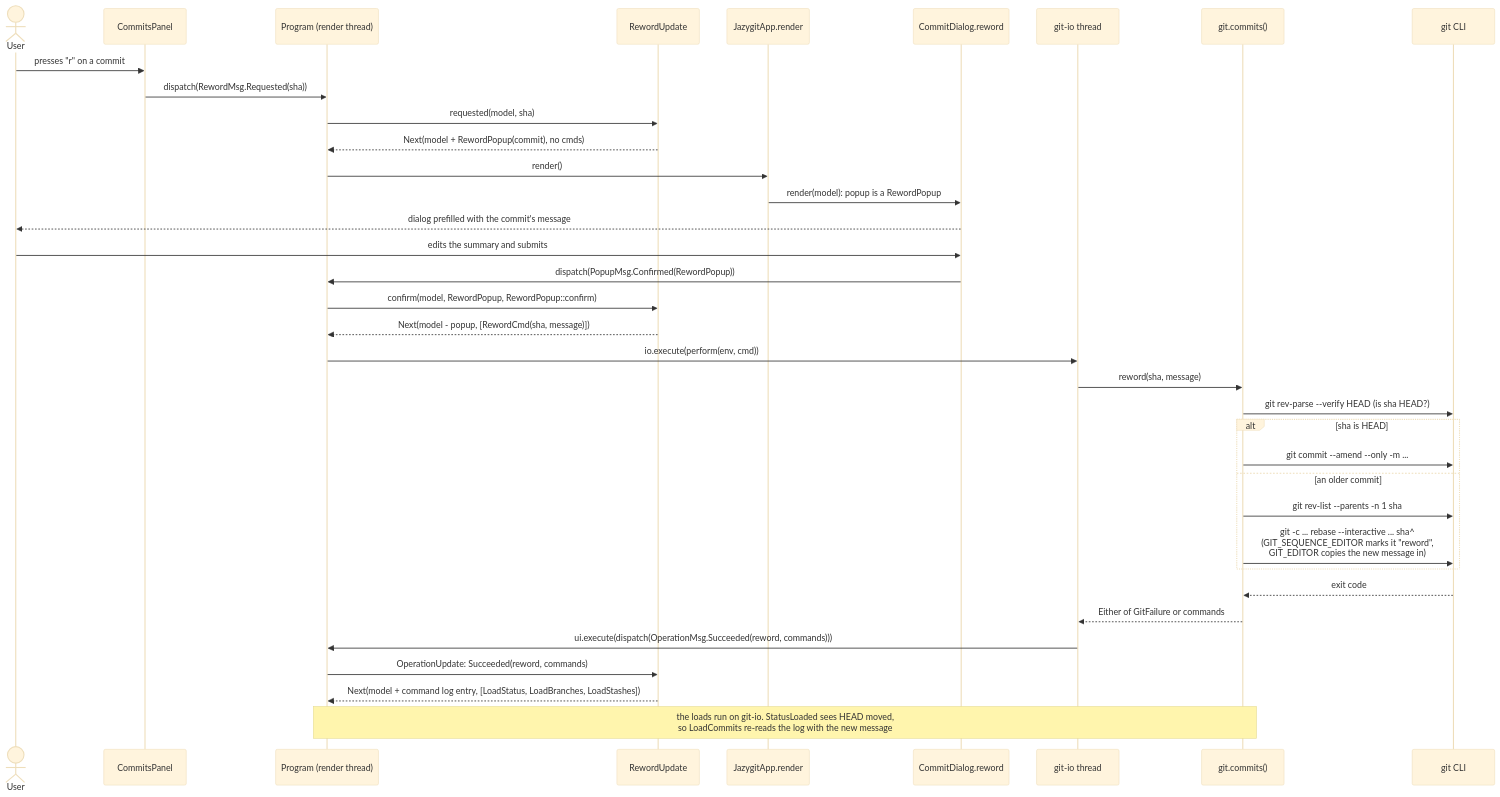
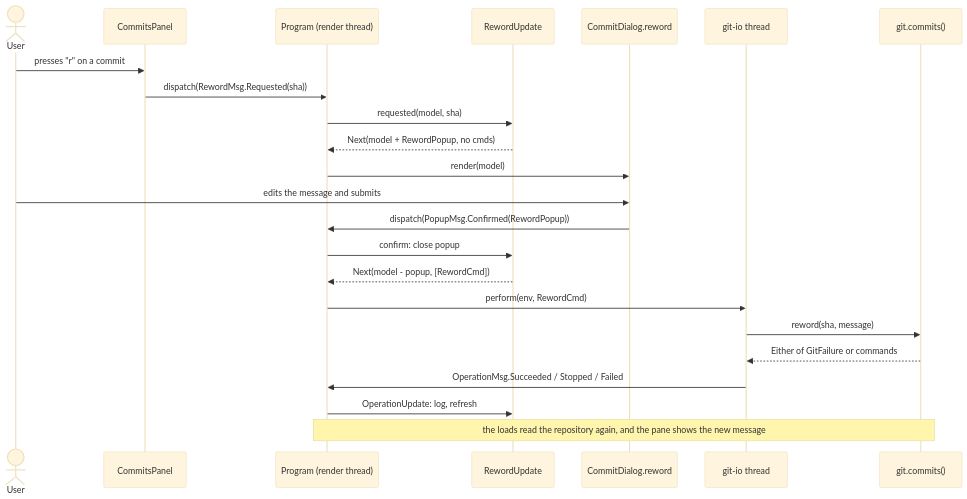
Before and after one commit to cvanfleteren/jazygit: the fourth of 4 diagrams in ARCHITECTURE.md, drawn with Mermaid (base theme). The commit also changed other lines of this file and 1 other file, not shown here.

First line of the commit message:
ARCHITECTURE.md is a short map of the shape, not a description of features (#450)

````diff
--- a/ARCHITECTURE.md
+++ b/ARCHITECTURE.md
@@ -1206,42 +234,26 @@
 ```mermaid
 sequenceDiagram
     actor User
     participant Panel as CommitsPanel
     participant Program as Program (render thread)
     participant Update as RewordUpdate
-    participant App as JazygitApp.render
     participant Dialog as CommitDialog.reword
     participant IO as git-io thread
-    participant Commits as git.commits()
-    participant Git as git CLI
+    participant Git as git.commits()
 
     User->>Panel: presses "r" on a commit
     Panel->>Program: dispatch(RewordMsg.Requested(sha))
     Program->>Update: requested(model, sha)
-    Update-->>Program: Next(model + RewordPopup(commit), no cmds)
-    Program->>App: render()
-    App->>Dialog: render(model): popup is a RewordPopup
-    Dialog-->>User: dialog prefilled with the commit's message
-
-    User->>Dialog: edits the summary and submits
+    Update-->>Program: Next(model + RewordPopup, no cmds)
+    Program->>Dialog: render(model)
+    User->>Dialog: edits the message and submits
     Dialog->>Program: dispatch(PopupMsg.Confirmed(RewordPopup))
-    Program->>Update: confirm(model, RewordPopup, RewordPopup::confirm)
-    Update-->>Program: Next(model - popup, [RewordCmd(sha, message)])
-    Program->>IO: io.execute(perform(env, cmd))
-
-    IO->>Commits: reword(sha, message)
-    Commits->>Git: git rev-parse --verify HEAD (is sha HEAD?)
-    alt sha is HEAD
-        Commits->>Git: git commit --amend --only -m ...
-    else an older commit
-        Commits->>Git: git rev-list --parents -n 1 sha
-        Commits->>Git: git -c ... rebase --interactive ... sha^<br/>(GIT_SEQUENCE_EDITOR marks it "reword",<br/>GIT_EDITOR copies the new message in)
-    end
-    Git-->>Commits: exit code
-    Commits-->>IO: Either of GitFailure or commands
-    IO->>Program: ui.execute(dispatch(OperationMsg.Succeeded(reword, commands)))
-
-    Program->>Update: OperationUpdate: Succeeded(reword, commands)
-    Update-->>Program: Next(model + command log entry, [LoadStatus, LoadBranches, LoadStashes])
-    Note over Program,Commits: the loads run on git-io. StatusLoaded sees HEAD moved,<br/>so LoadCommits re-reads the log with the new message
+    Program->>Update: confirm: close popup
+    Update-->>Program: Next(model - popup, [RewordCmd])
+    Program->>IO: perform(env, RewordCmd)
+    IO->>Git: reword(sha, message)
+    Git-->>IO: Either of GitFailure or commands
+    IO->>Program: OperationMsg.Succeeded / Stopped / Failed
+    Program->>Update: OperationUpdate: log, refresh
+    Note over Program,Git: the loads read the repository again, and the pane shows the new message
 ```
````
